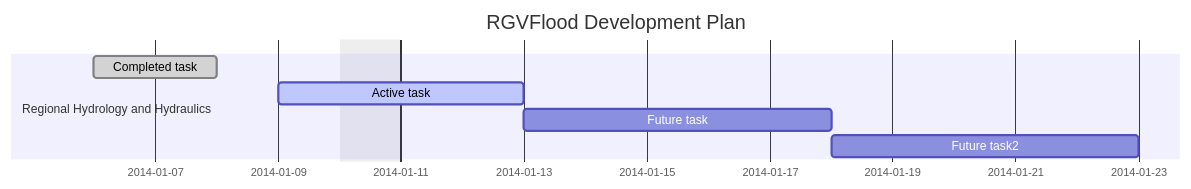
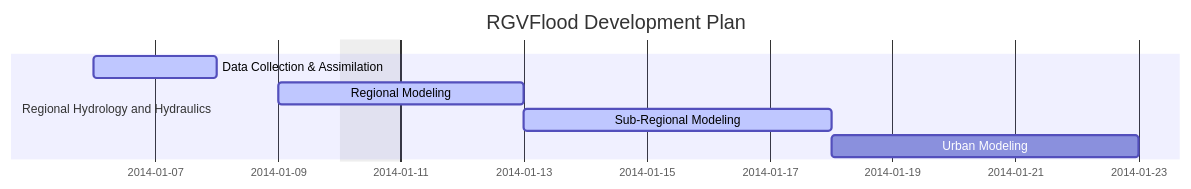
The diagram in src/development/index.rst (RATESResearch/GeoNode), drawn with Mermaid before and after one commit.

```diff
--- a/src/development/index.rst
+++ b/src/development/index.rst
@@ -4,12 +4,12 @@
 .. mermaid:: 
 
     gantt
     dateFormat  YYYY-MM-DD
     title RGVFlood Development Plan
     excludes weekdays 2014-01-10
 
     section Regional Hydrology and Hydraulics
-    Completed task            :done,    des1, 2014-01-06,2014-01-08
-    Active task               :active,  des2, 2014-01-09, 3d
-    Future task               :         des3, after des2, 5d
-    Future task2               :         des4, after des3, 5d
+    Data Collection & Assimilation  :active,    des1, 2014-01-06,2014-01-08
+    Regional Modeling               :active,  des2, 2014-01-09, 3d
+    Sub-Regional Modeling           :active,         des3, after des2, 5d
+    Urban Modeling                  :         des4, after des3, 5d
```
